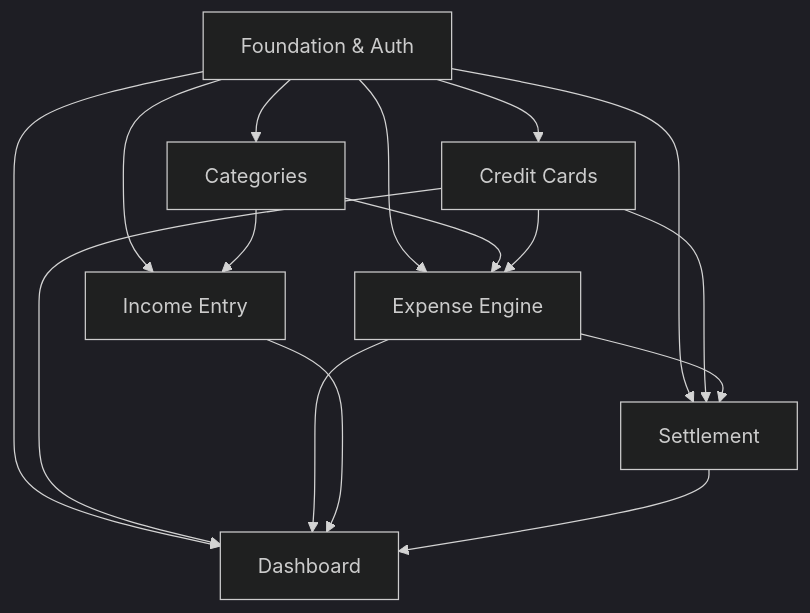
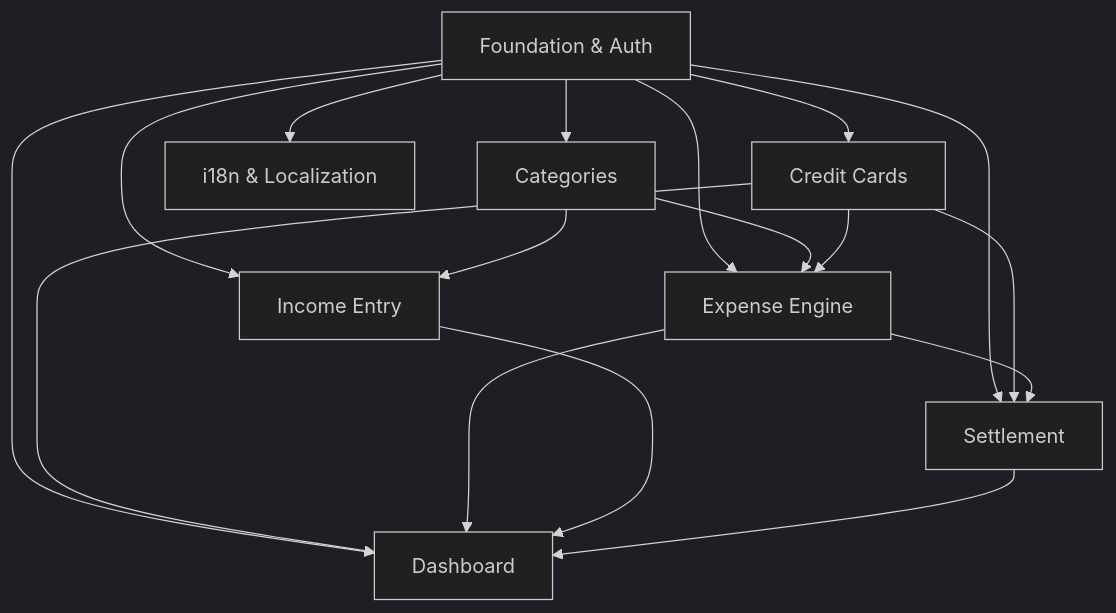
One commit to rubenssenday/finance-control changed the diagram in docs/requirements/PRD-financial.md. Above: the diagram before and after it, drawn with Mermaid (dark theme). The commit also changed other lines of this file and 47 other files, not shown here.

Commit message:
feat(i18n): implement F08 Internationalization and Localization Architecture (pt-BR / en-US)

````diff
--- a/docs/requirements/PRD-financial.md
+++ b/docs/requirements/PRD-financial.md
@@ -427,18 +481,19 @@
 ```mermaid
 graph TD
   F01[Foundation & Auth] --> F02[Categories]
   F01 --> F03[Credit Cards]
   F01 --> F04[Expense Engine]
   F02 --> F04
   F03 --> F04
   F01 --> F05[Income Entry]
   F02 --> F05
   F01 --> F06[Settlement]
   F03 --> F06
   F04 --> F06
   F01 --> F07[Dashboard]
   F03 --> F07
   F04 --> F07
   F05 --> F07
   F06 --> F07
+  F01 --> F08[i18n & Localization]
 ```
````
